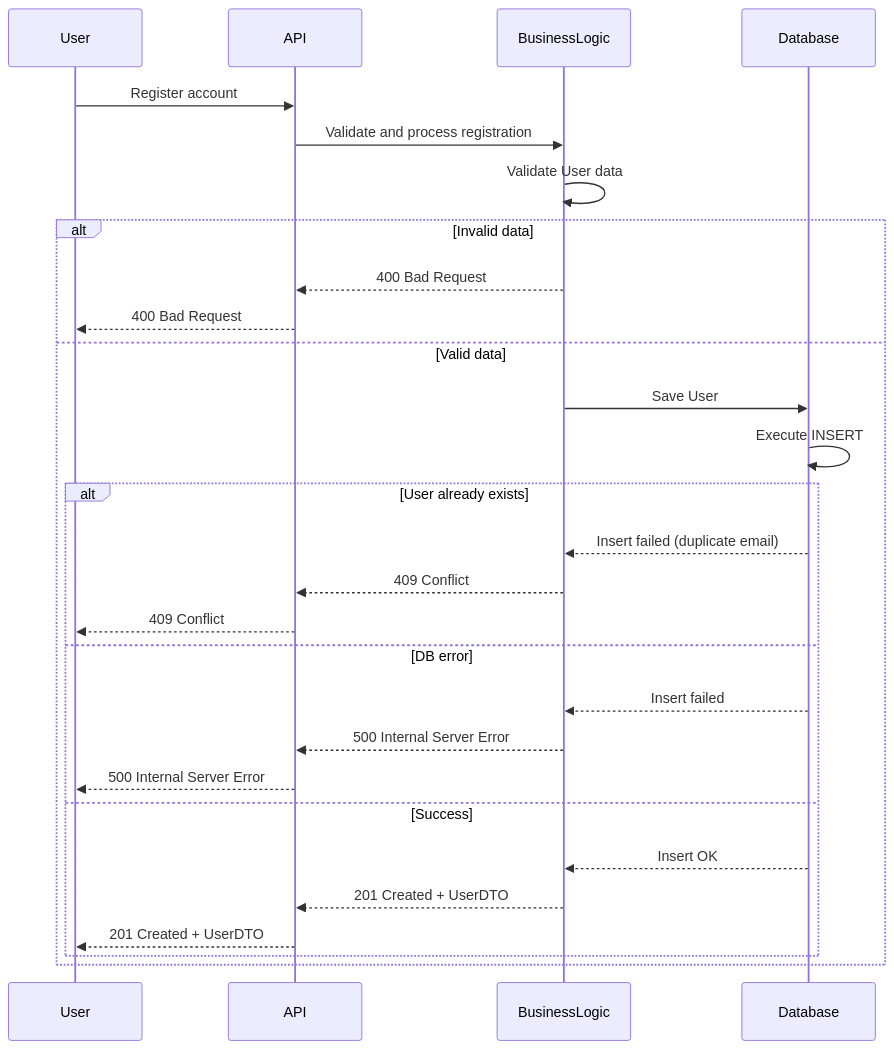
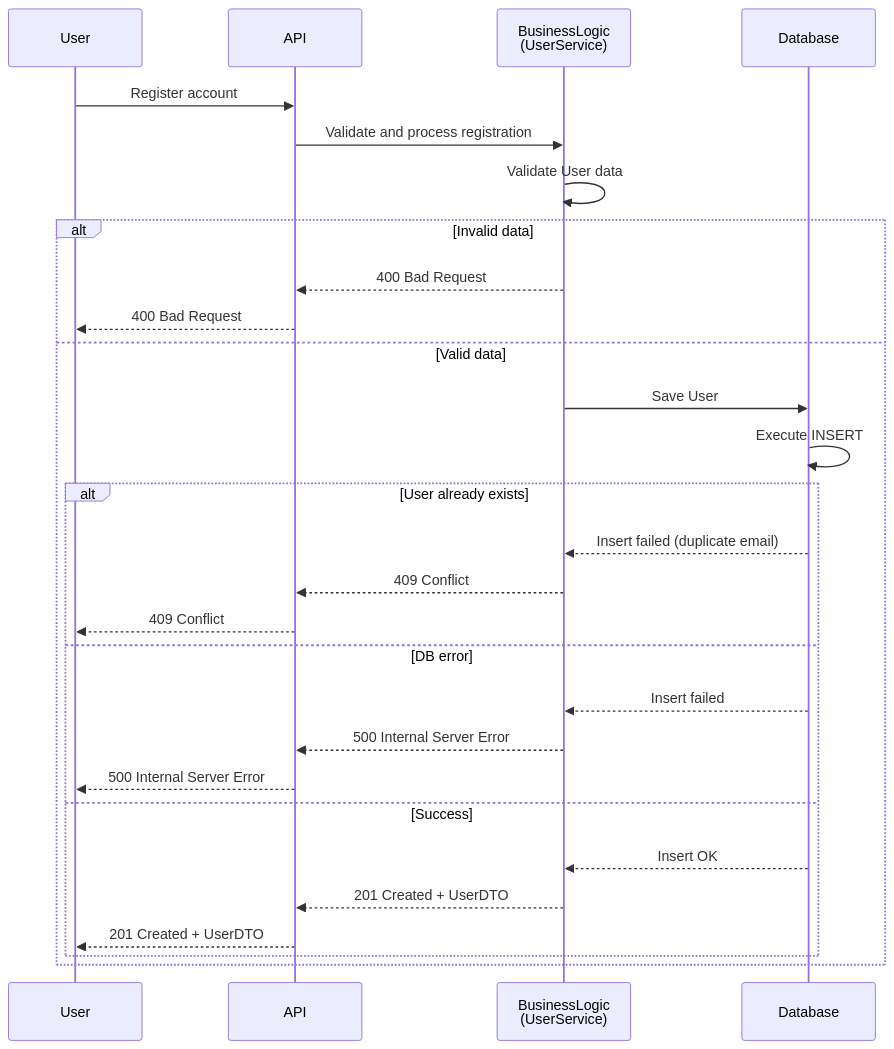
Before and after one commit to AdeleM-prog/holbertonschool-hbnb: the first of 4 diagrams in part1/SequenceDiagrams.md, drawn with Mermaid. The commit also changed other lines of this file, not shown here.

Commit message:
Refactor sequence diagrams for clarity and consistency

````diff
--- a/part1/SequenceDiagrams.md
+++ b/part1/SequenceDiagrams.md
@@ -7,37 +7,37 @@
 ```mermaid
 sequenceDiagram
 
 participant User
 participant API
-participant BusinessLogic
-participant Database
+participant BL as BusinessLogic<br/>(UserService)
+participant DB as Database
 
 User->>API: Register account
-API->>BusinessLogic: Validate and process registration
-BusinessLogic->>BusinessLogic: Validate User data
+API->>BL: Validate and process registration
+BL->>BL: Validate User data
 
 alt Invalid data
-    BusinessLogic-->>API: 400 Bad Request
+    BL-->>API: 400 Bad Request
     API-->>User: 400 Bad Request
 
 else Valid data
-    BusinessLogic->>Database: Save User
-    Database->>Database: Execute INSERT
+    BL->>DB: Save User
+    DB->>DB: Execute INSERT
 
     alt User already exists
-        Database-->>BusinessLogic: Insert failed (duplicate email)
-        BusinessLogic-->>API: 409 Conflict
+        DB-->>BL: Insert failed (duplicate email)
+        BL-->>API: 409 Conflict
         API-->>User: 409 Conflict
     
     else DB error
-        Database-->>BusinessLogic: Insert failed
-        BusinessLogic-->>API: 500 Internal Server Error
+        DB-->>BL: Insert failed
+        BL-->>API: 500 Internal Server Error
         API-->>User: 500 Internal Server Error
         
     else Success
-        Database-->>BusinessLogic: Insert OK
-        BusinessLogic-->>API: 201 Created + UserDTO
+        DB-->>BL: Insert OK
+        BL-->>API: 201 Created + UserDTO
         API-->>User: 201 Created + UserDTO
     end
 end
 ```
````
